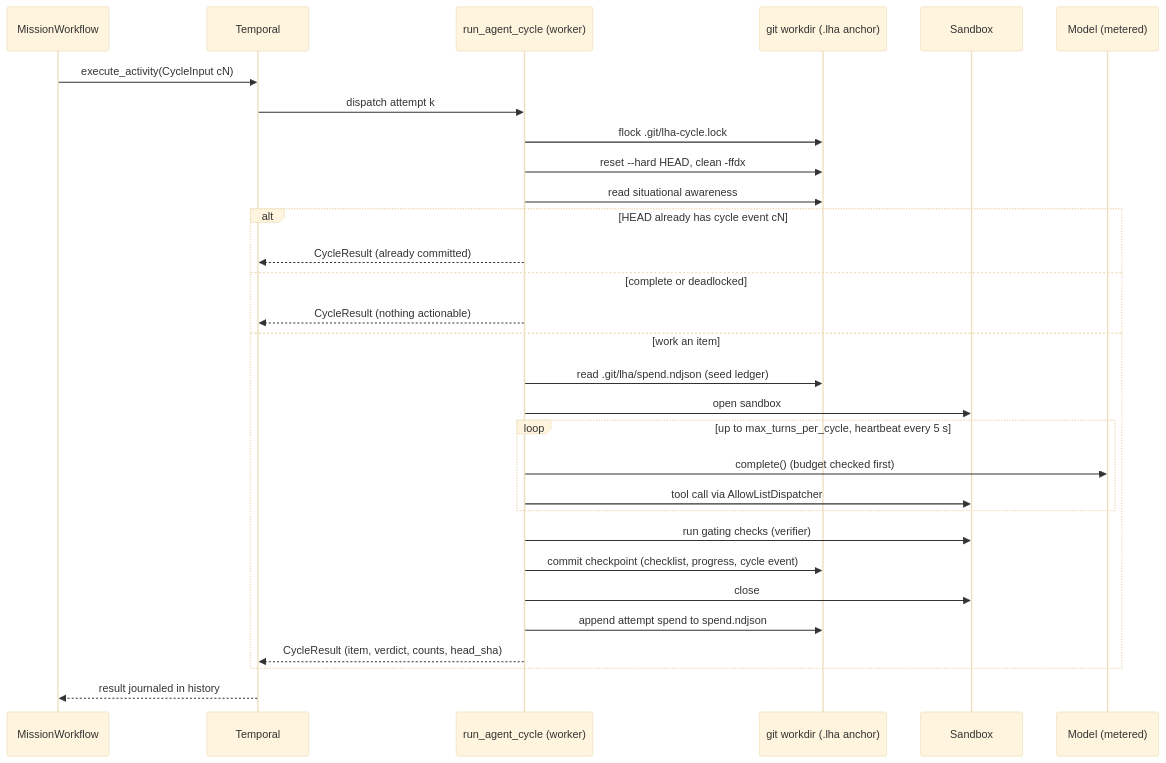
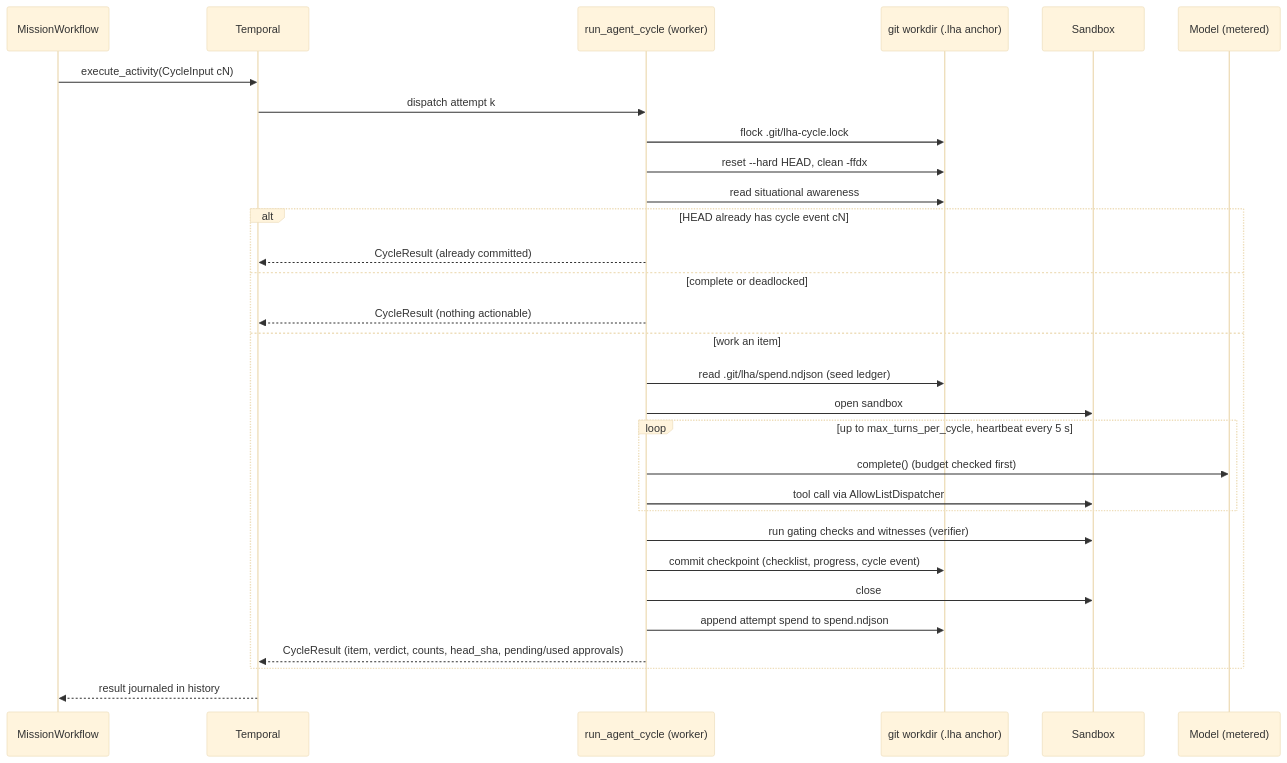
Before and after one commit to calvinchengx/long-horizon-agent: the first of 2 diagrams in docs/08-durable-execution.md, drawn with Mermaid (base theme). The commit also changed other lines of this file and 22 other files, not shown here.

````diff
--- a/docs/08-durable-execution.md
+++ b/docs/08-durable-execution.md
@@ -64,32 +68,32 @@
 ```mermaid
 sequenceDiagram
     participant W as MissionWorkflow
     participant T as Temporal
     participant A as run_agent_cycle (worker)
     participant G as git workdir (.lha anchor)
     participant S as Sandbox
     participant M as Model (metered)
     W->>T: execute_activity(CycleInput cN)
     T->>A: dispatch attempt k
     A->>G: flock .git/lha-cycle.lock
     A->>G: reset --hard HEAD, clean -ffdx
     A->>G: read situational awareness
     alt HEAD already has cycle event cN
         A-->>T: CycleResult (already committed)
     else complete or deadlocked
         A-->>T: CycleResult (nothing actionable)
     else work an item
         A->>G: read .git/lha/spend.ndjson (seed ledger)
         A->>S: open sandbox
         loop up to max_turns_per_cycle, heartbeat every 5 s
             A->>M: complete() (budget checked first)
             A->>S: tool call via AllowListDispatcher
         end
-        A->>S: run gating checks (verifier)
+        A->>S: run gating checks and witnesses (verifier)
         A->>G: commit checkpoint (checklist, progress, cycle event)
         A->>S: close
         A->>G: append attempt spend to spend.ndjson
-        A-->>T: CycleResult (item, verdict, counts, head_sha)
+        A-->>T: CycleResult (item, verdict, counts, head_sha, pending/used approvals)
     end
     T-->>W: result journaled in history
 ```
````
